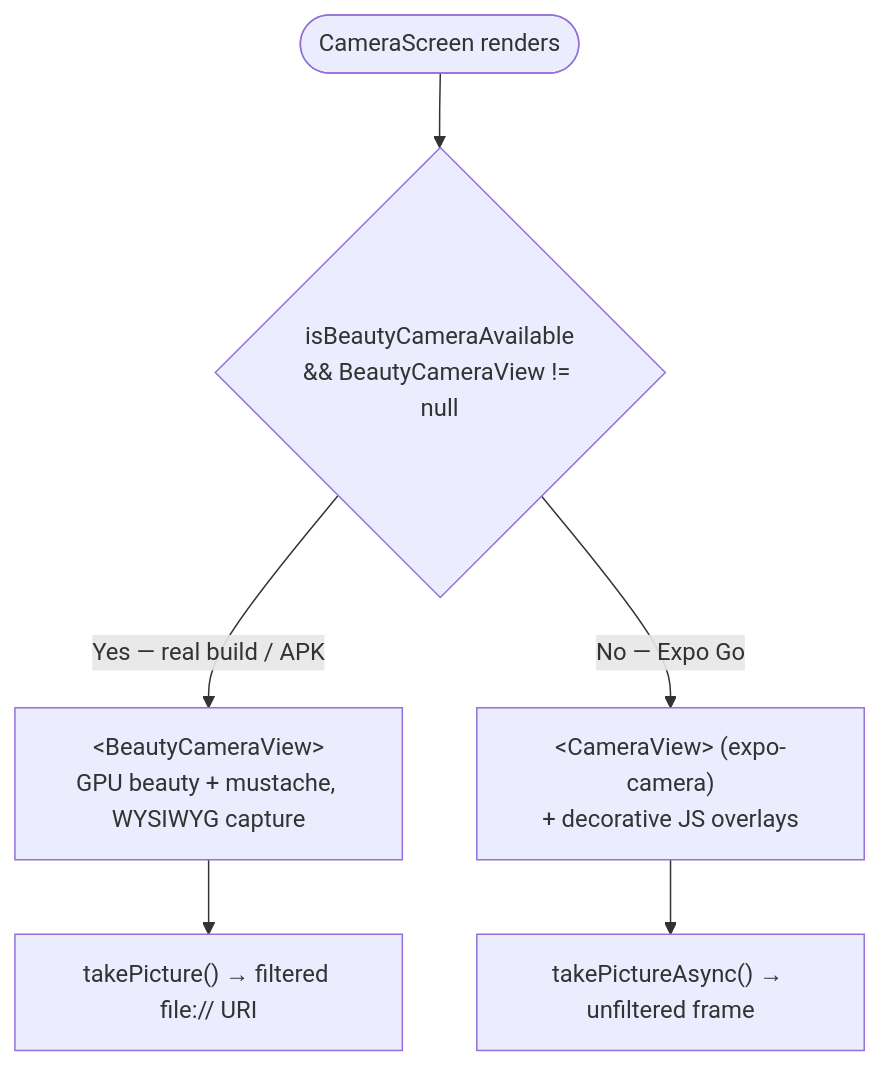
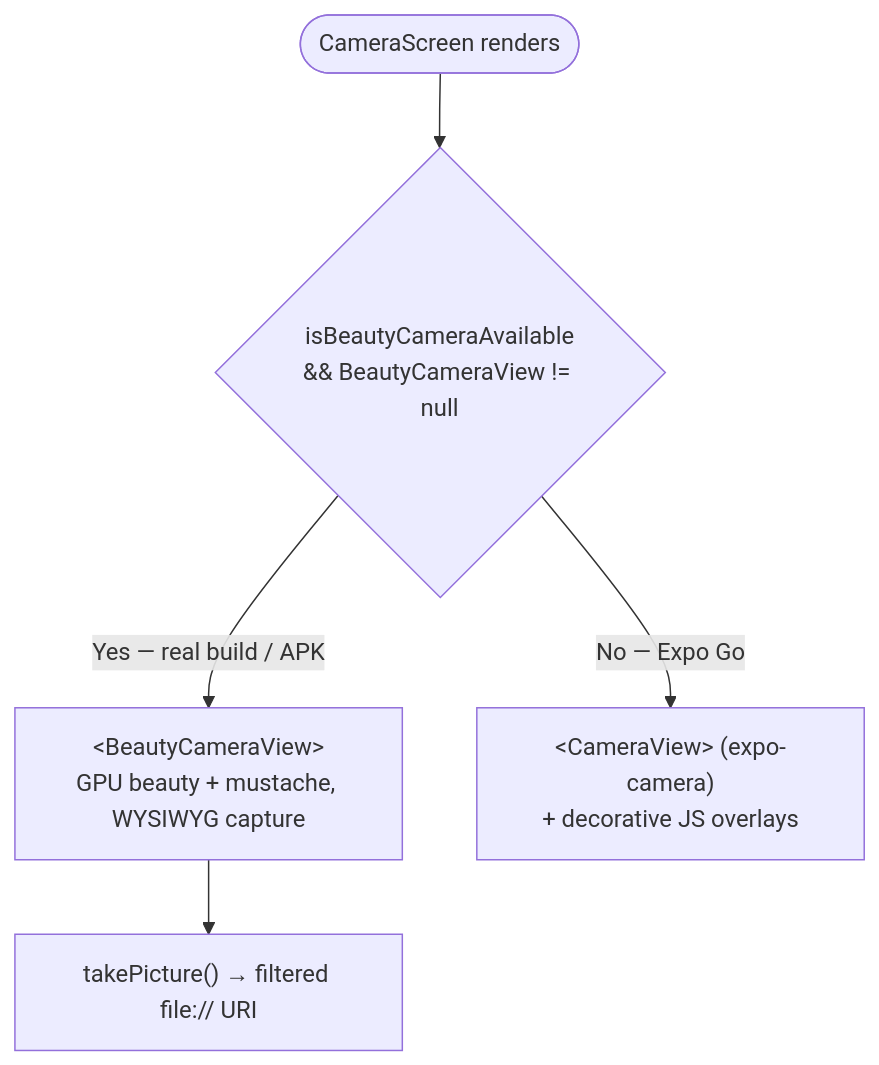
Before and after one commit to abdurahmon27/filter-cam: the second of 5 diagrams in docs/ARCHITECTURE.md, drawn with Mermaid. The commit also changed other lines of this file and 22 other files, not shown here.

````diff
--- a/docs/ARCHITECTURE.md
+++ b/docs/ARCHITECTURE.md
@@ -75,8 +116,7 @@
 ```mermaid
 flowchart TD
     Start([CameraScreen renders]) --> Q{isBeautyCameraAvailable<br/>&& BeautyCameraView != null}
     Q -->|"Yes — real build / APK"| Native["&lt;BeautyCameraView&gt;<br/>GPU beauty + mustache, WYSIWYG capture"]
     Q -->|"No — Expo Go"| Fallback["&lt;CameraView&gt; (expo-camera)<br/>+ decorative JS overlays"]
     Native --> Shot["takePicture() → filtered file:// URI"]
-    Fallback --> Shot2["takePictureAsync() → unfiltered frame"]
 ```
````
